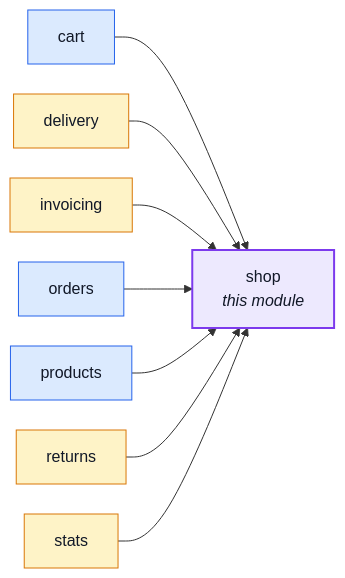
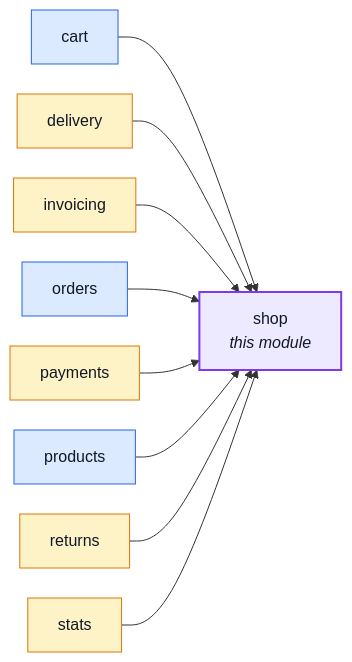
Before and after one commit to Guebbit/boilerplate-node-backend: the diagram in docs/modules/shop.md, drawn with Mermaid. The commit also changed 2 other files, not shown here.

Commit message:
docs(payments): regenerate the dependency lists for payments reading the shop zone

````diff
--- a/docs/modules/shop.md
+++ b/docs/modules/shop.md
@@ -21,28 +21,30 @@
 ```mermaid
 %%{init: {'flowchart': {'nodeSpacing': 30, 'rankSpacing': 60}}}%%
 flowchart LR
     shop["shop<br/><i>this module</i>"]
     cart["cart"]
     delivery["delivery"]
     invoicing["invoicing"]
     orders["orders"]
+    payments["payments"]
     products["products"]
     returns["returns"]
     stats["stats"]
 
     cart --> shop
     delivery --> shop
     invoicing --> shop
     orders --> shop
+    payments --> shop
     products --> shop
     returns --> shop
     stats --> shop
 
     classDef core fill:#dbeafe,stroke:#2563eb,color:#111827;
     classDef supporting fill:#fef3c7,stroke:#d97706,color:#111827;
     classDef generic fill:#dcfce7,stroke:#16a34a,color:#111827;
     classDef centre fill:#ede9fe,stroke:#7c3aed,stroke-width:2px,color:#111827;
     class cart,orders,products core;
-    class delivery,invoicing,returns,stats supporting;
+    class delivery,invoicing,payments,returns,stats supporting;
     class shop centre;
 ```
````
